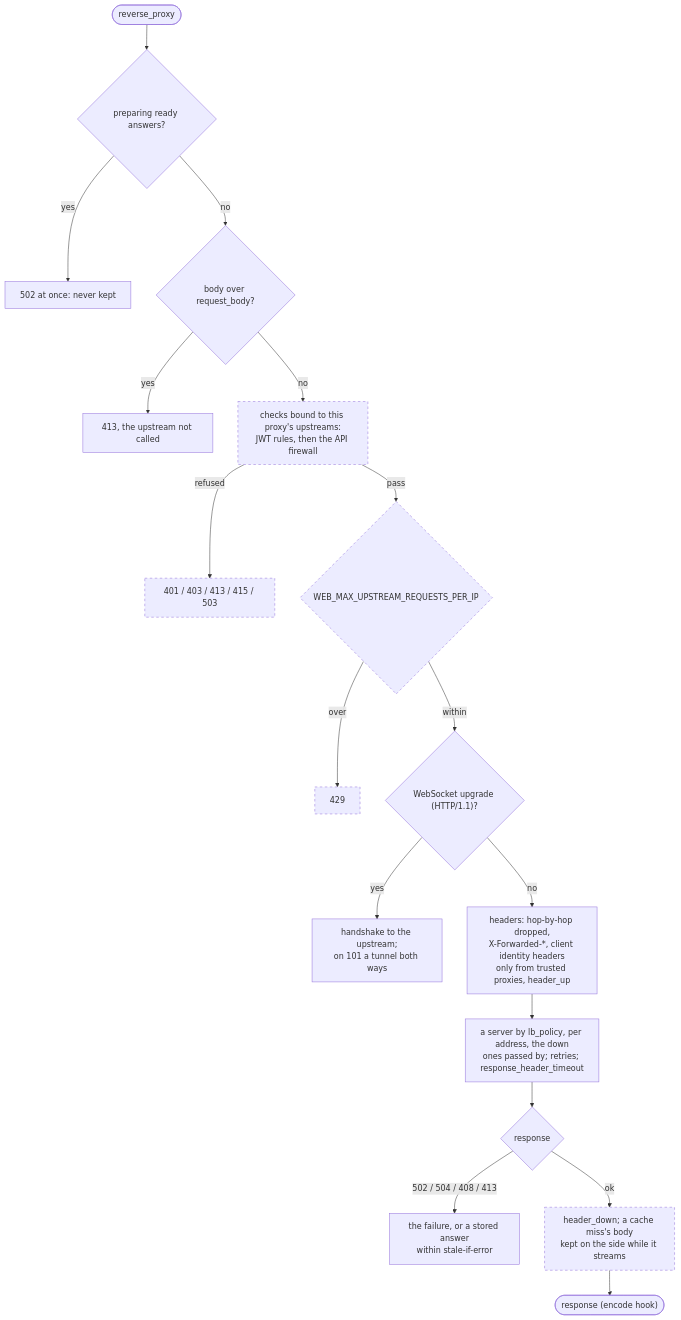
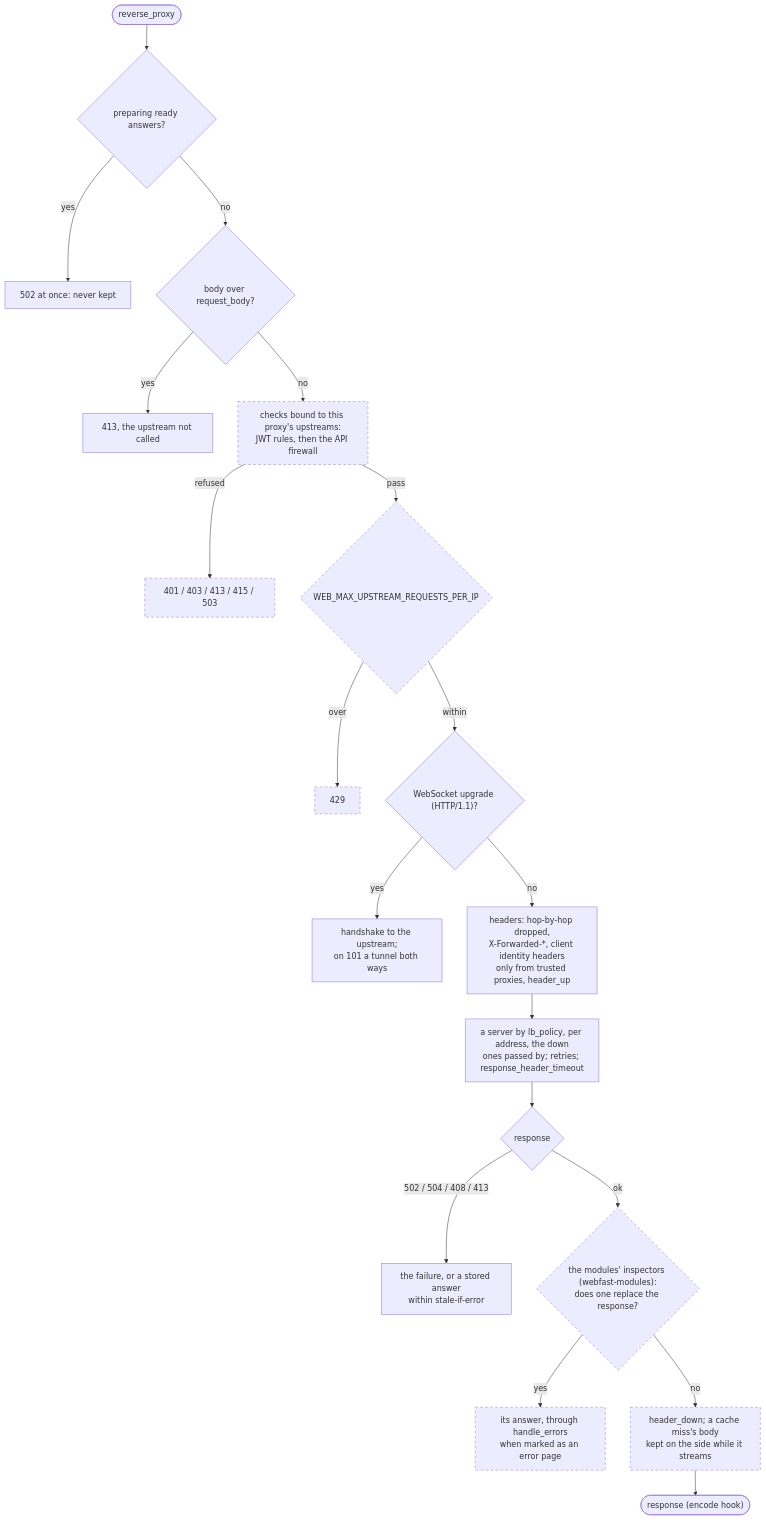
One commit to ops-pro/webfast changed the fifth of 6 diagrams in docs/overview.md. Above: the diagram before and after it, drawn with Mermaid. The commit also changed other lines of this file and 115 other files, not shown here.

````diff
--- a/docs/overview.md
+++ b/docs/overview.md
@@ -133,22 +141,24 @@
 ```mermaid
 flowchart TD
     p(["reverse_proxy"]) --> prep{"preparing ready answers?"}
     prep -- yes --> r502["502 at once: never kept"]
     prep -- no --> big{"body over request_body?"}
     big -- yes --> r413["413, the upstream not called"]
     big -- no --> bound["checks bound to this proxy's upstreams:<br/>JWT rules, then the API firewall"]
     bound -- refused --> refused["401 / 403 / 413 / 415 / 503"]
     bound -- pass --> slot{"WEB_MAX_UPSTREAM_REQUESTS_PER_IP"}
     slot -- over --> r429["429"]
     slot -- within --> ws{"WebSocket upgrade (HTTP/1.1)?"}
     ws -- yes --> tunnel["handshake to the upstream;<br/>on 101 a tunnel both ways"]
     ws -- no --> send["headers: hop-by-hop dropped,<br/>X-Forwarded-*, client identity headers<br/>only from trusted proxies, header_up"]
     send --> up["a server by lb_policy, per address, the down<br/>ones passed by; retries; response_header_timeout"]
     up --> resp{"response"}
     resp -- "502 / 504 / 408 / 413" --> fail["the failure, or a stored answer<br/>within stale-if-error"]
-    resp -- ok --> tee["header_down; a cache miss's body<br/>kept on the side while it streams"]
+    resp -- ok --> leak{"the modules' inspectors (webfast-modules):<br/>does one replace the response?"}
+    leak -- yes --> r500["its answer, through handle_errors<br/>when marked as an error page"]
+    leak -- no --> tee["header_down; a cache miss's body<br/>kept on the side while it streams"]
     tee --> back(["response (encode hook)"])
 
     classDef feature stroke-dasharray: 5 5
-    class bound,refused,slot,r429,tee feature
+    class bound,refused,slot,r429,leak,r500,tee feature
 ```
````
